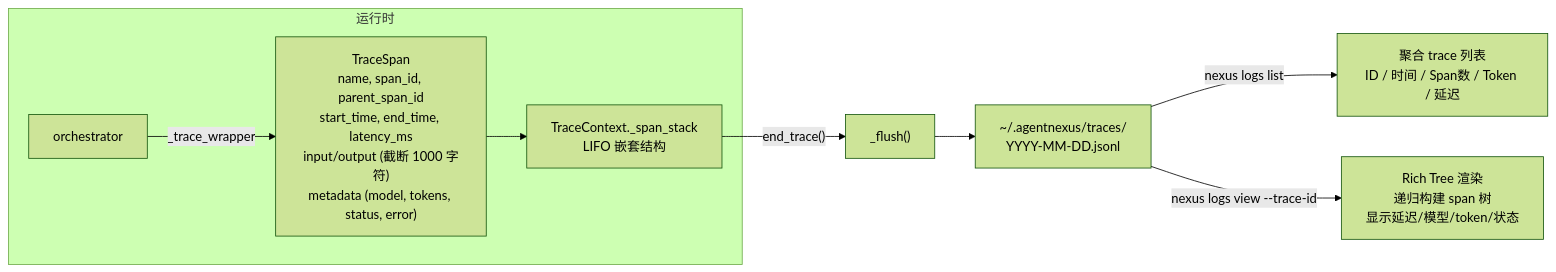
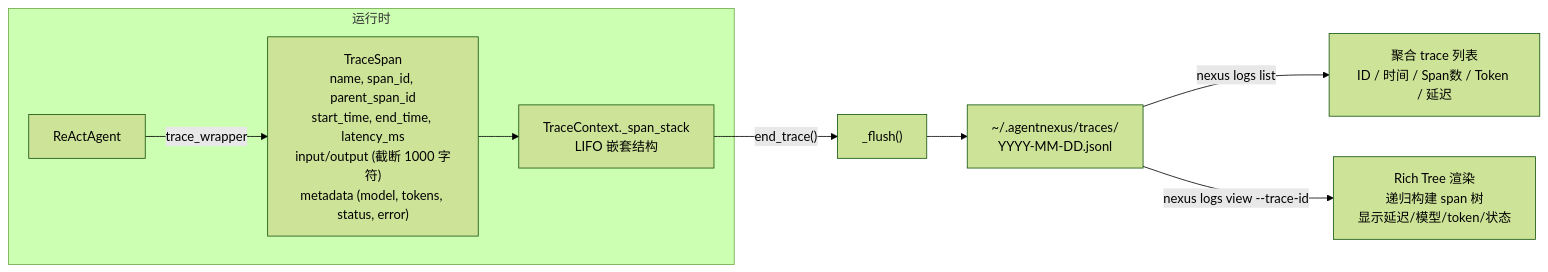
One commit to paipaipai666/agent-nexus changed the sixth of 8 diagrams in agentnexus/API.md. Above: the diagram before and after it, drawn with Mermaid (forest theme). The commit also changed other lines of this file and 49 other files, not shown here.

````diff
--- a/agentnexus/API.md
+++ b/agentnexus/API.md
@@ -756,13 +381,13 @@
 ```mermaid
 graph LR
     subgraph Runtime["运行时"]
-        ORC["orchestrator"] -->|"_trace_wrapper"| SPAN["TraceSpan<br/>name, span_id, parent_span_id<br/>start_time, end_time, latency_ms<br/>input/output (截断 1000 字符)<br/>metadata (model, tokens, status, error)"]
+        AGENT["ReActAgent"] -->|"trace_wrapper"| SPAN["TraceSpan<br/>name, span_id, parent_span_id<br/>start_time, end_time, latency_ms<br/>input/output (截断 1000 字符)<br/>metadata (model, tokens, status, error)"]
         SPAN --> CTX["TraceContext._span_stack<br/>LIFO 嵌套结构"]
     end
 
     CTX -->|"end_trace()"| FLUSH["_flush()"]
     FLUSH --> FILE["~/.agentnexus/traces/<br/>YYYY-MM-DD.jsonl"]
 
     FILE -->|"nexus logs list"| LIST["聚合 trace 列表<br/>ID / 时间 / Span数 / Token / 延迟"]
     FILE -->|"nexus logs view --trace-id"| TREE["Rich Tree 渲染<br/>递归构建 span 树<br/>显示延迟/模型/token/状态"]
 ```
````
